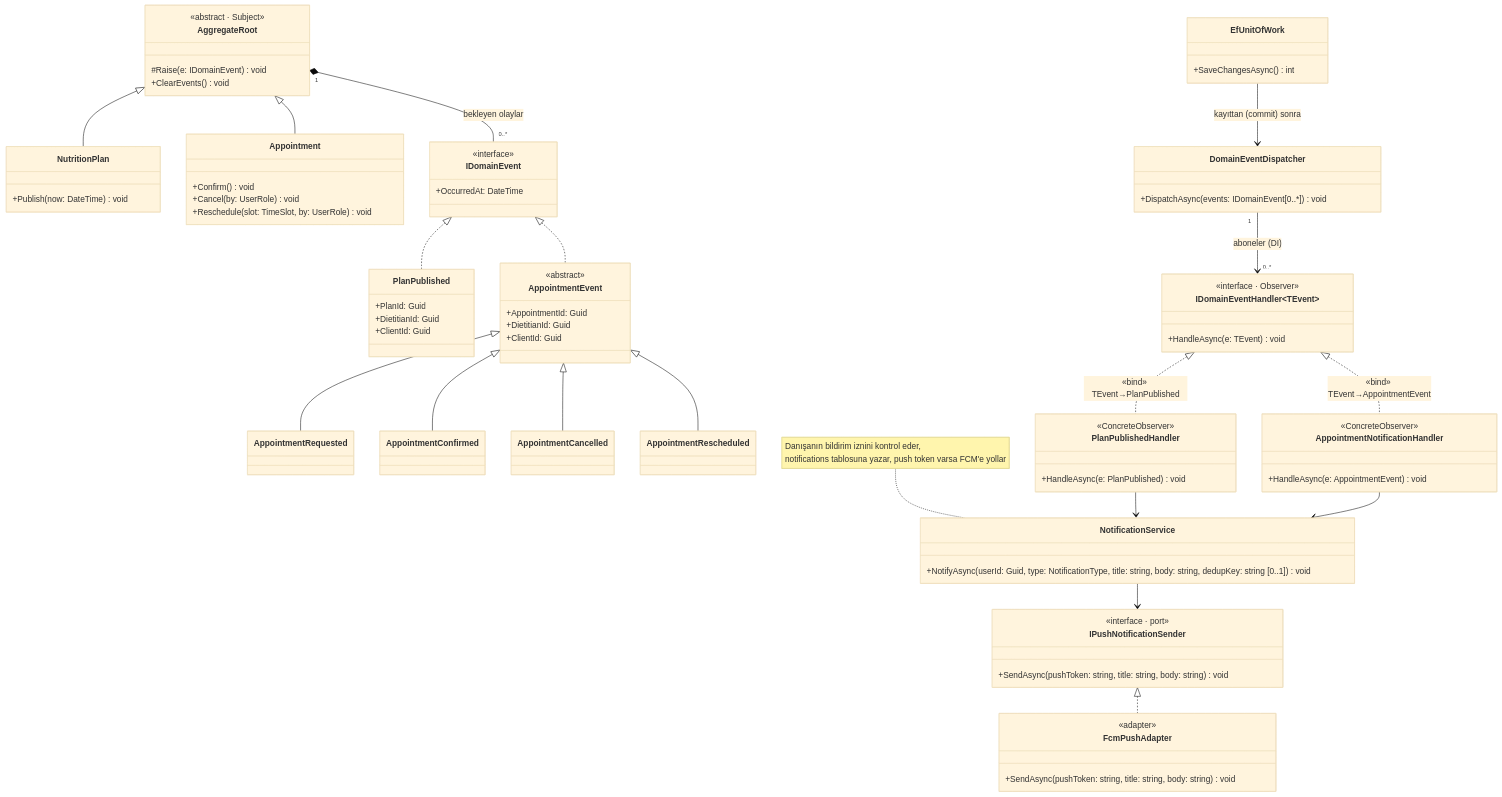
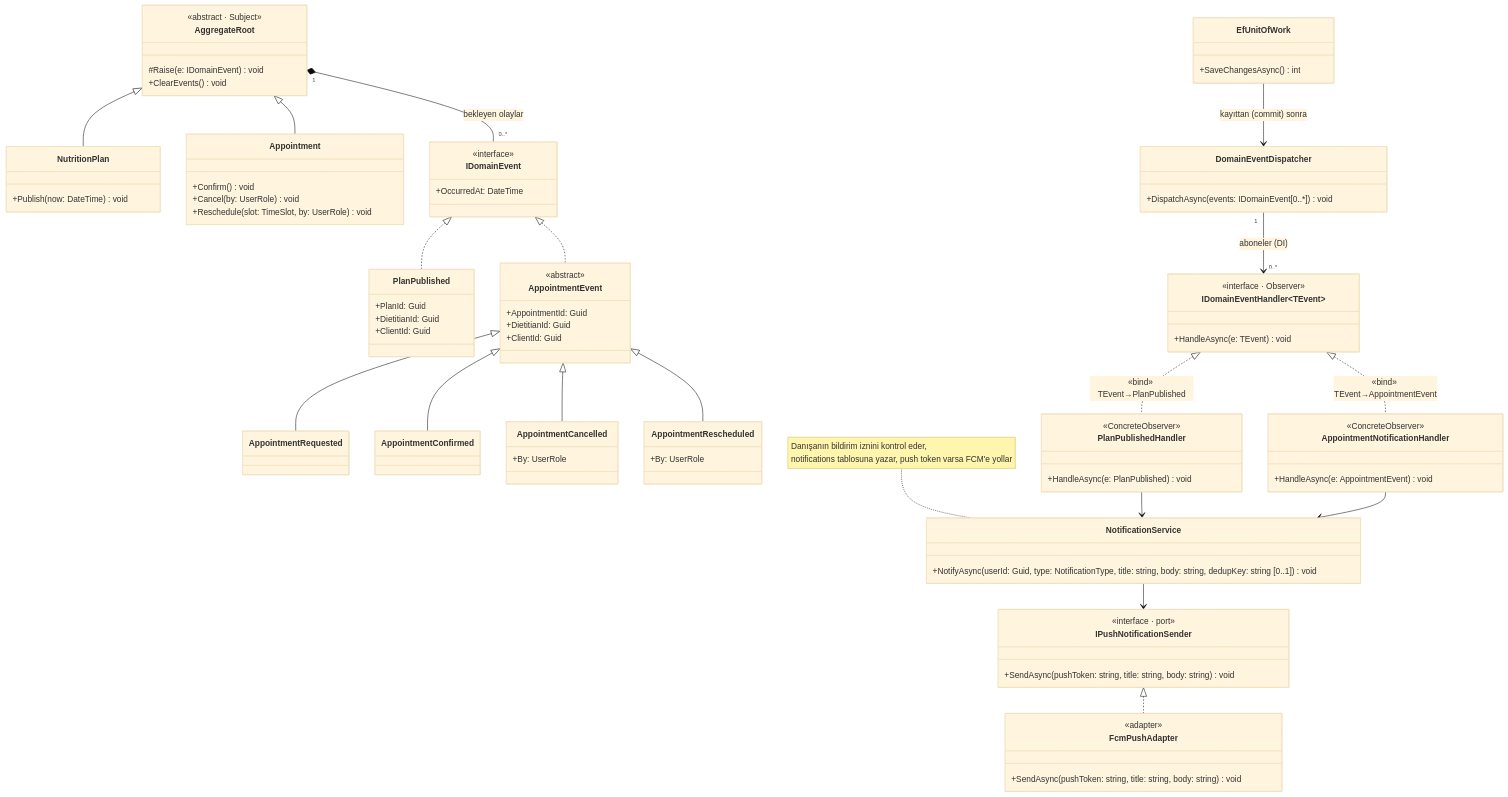
Before and after one commit to Emmet47/diyetisyen-danisan-takip-sistemi: the diagram in docs/uml/p-7-observer.mmd, drawn with Mermaid (base theme). The commit also changed 6 other files, not shown here.

First line of the commit message:
docs(uml): p-6 ve p-7'yi kimlik/abonelik koduyla eşitle (#11)

```diff
--- a/docs/uml/p-7-observer.mmd
+++ b/docs/uml/p-7-observer.mmd
@@ -1,81 +1,85 @@
 classDiagram
 direction TB
 class AggregateRoot {
   <<abstract · Subject>>
   #Raise(e: IDomainEvent) void
   +ClearEvents() void
 }
 class NutritionPlan {
   +Publish(now: DateTime) void
 }
 class Appointment {
   +Confirm() void
   +Cancel(by: UserRole) void
   +Reschedule(slot: TimeSlot, by: UserRole) void
 }
 class IDomainEvent {
   <<interface>>
   +OccurredAt: DateTime
 }
 class PlanPublished {
   +PlanId: Guid
   +DietitianId: Guid
   +ClientId: Guid
 }
 class AppointmentEvent {
   <<abstract>>
   +AppointmentId: Guid
   +DietitianId: Guid
   +ClientId: Guid
 }
 class AppointmentRequested
 class AppointmentConfirmed
-class AppointmentCancelled
-class AppointmentRescheduled
+class AppointmentCancelled {
+  +By: UserRole
+}
+class AppointmentRescheduled {
+  +By: UserRole
+}
 class IDomainEventHandler~TEvent~ {
   <<interface · Observer>>
   +HandleAsync(e: TEvent) void
 }
 class PlanPublishedHandler {
   <<ConcreteObserver>>
   +HandleAsync(e: PlanPublished) void
 }
 class AppointmentNotificationHandler {
   <<ConcreteObserver>>
   +HandleAsync(e: AppointmentEvent) void
 }
 class DomainEventDispatcher {
   +DispatchAsync(events: IDomainEvent[0..*]) void
 }
 class EfUnitOfWork {
   +SaveChangesAsync() int
 }
 class NotificationService {
   +NotifyAsync(userId: Guid, type: NotificationType, title: string, body: string, dedupKey: string [0..1]) void
 }
 class IPushNotificationSender {
   <<interface · port>>
   +SendAsync(pushToken: string, title: string, body: string) void
 }
 class FcmPushAdapter {
   <<adapter>>
   +SendAsync(pushToken: string, title: string, body: string) void
 }
 AggregateRoot <|-- NutritionPlan
 AggregateRoot <|-- Appointment
 AggregateRoot "1" *-- "0..*" IDomainEvent : bekleyen olaylar
 IDomainEvent <|.. PlanPublished
 IDomainEvent <|.. AppointmentEvent
 AppointmentEvent <|-- AppointmentRequested
 AppointmentEvent <|-- AppointmentConfirmed
 AppointmentEvent <|-- AppointmentCancelled
 AppointmentEvent <|-- AppointmentRescheduled
 IDomainEventHandler <|.. PlanPublishedHandler : «bind» TEvent→PlanPublished
 IDomainEventHandler <|.. AppointmentNotificationHandler : «bind» TEvent→AppointmentEvent
 EfUnitOfWork --> DomainEventDispatcher : kayıttan (commit) sonra
 DomainEventDispatcher "1" --> "0..*" IDomainEventHandler : aboneler (DI)
 PlanPublishedHandler --> NotificationService
 AppointmentNotificationHandler --> NotificationService
 NotificationService --> IPushNotificationSender
 IPushNotificationSender <|.. FcmPushAdapter
 note for NotificationService "Danışanın bildirim iznini kontrol eder,<br>notifications tablosuna yazar, push token varsa FCM'e yollar"
```
